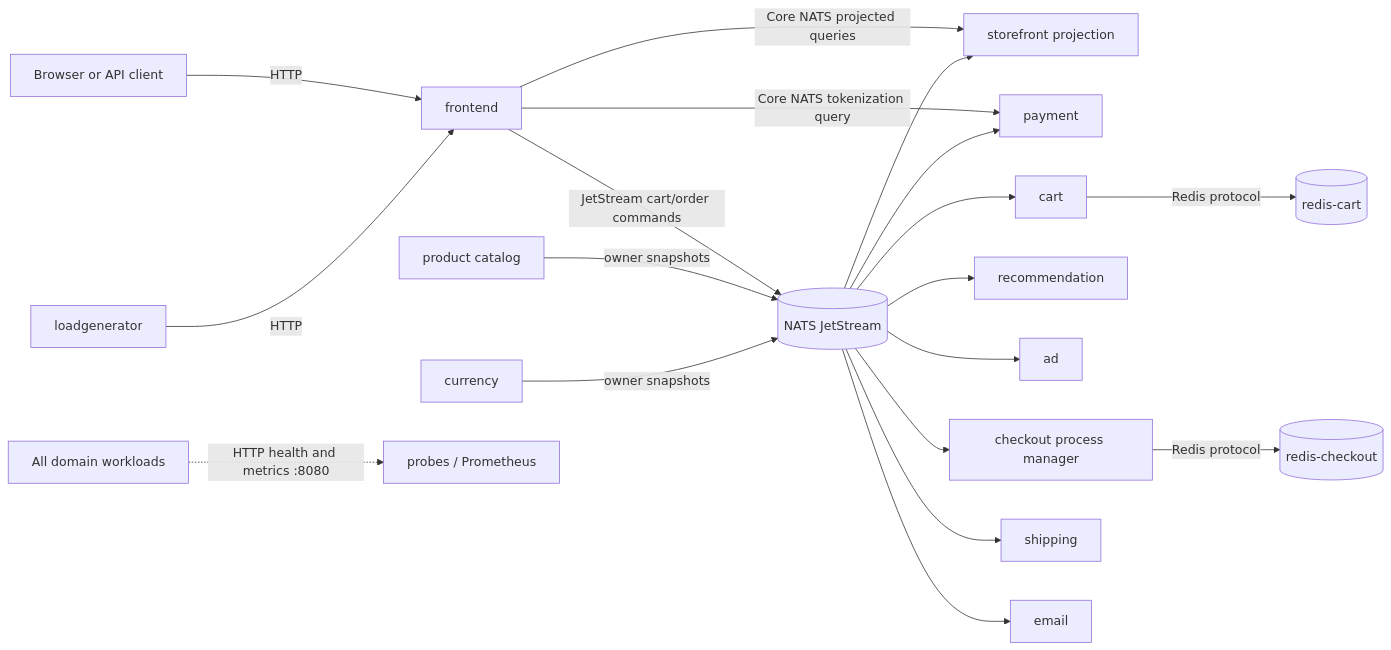
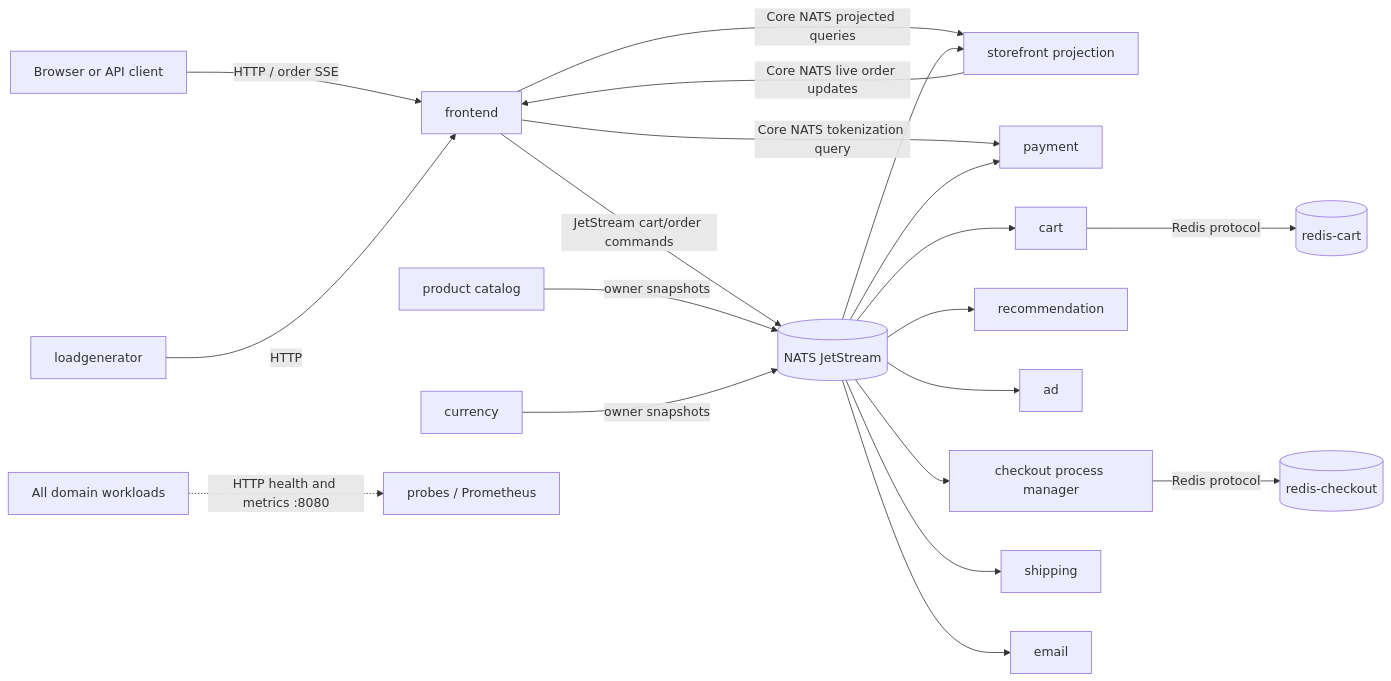
The first of 2 diagrams in docs/current-service-interactions.md (Matslo1234/microservices-demo-nats), drawn with Mermaid before and after one commit. The commit also changed other lines of this file and 28 other files, not shown here.

````diff
--- a/docs/current-service-interactions.md
+++ b/docs/current-service-interactions.md
@@ -10,24 +10,25 @@
 ```mermaid
 flowchart LR
-    User[Browser or API client] -->|HTTP| FE[frontend]
+    User[Browser or API client] -->|HTTP / order SSE| FE[frontend]
     Load[loadgenerator] -->|HTTP| FE
 
     FE -->|Core NATS projected queries| Projection[storefront projection]
+    Projection -->|Core NATS live order updates| FE
     FE -->|JetStream cart/order commands| NATS[(NATS JetStream)]
     FE -->|Core NATS tokenization query| Payment[payment]
 
     Catalog[product catalog] -->|owner snapshots| NATS
     Currency[currency] -->|owner snapshots| NATS
     NATS --> Cart[cart]
     NATS --> Recommendation[recommendation]
     NATS --> Ad[ad]
     NATS --> Checkout[checkout process manager]
     NATS --> Shipping[shipping]
     NATS --> Payment
     NATS --> Email[email]
     NATS --> Projection
     Cart -->|Redis protocol| CartRedis[(redis-cart)]
     Checkout -->|Redis protocol| CheckoutRedis[(redis-checkout)]
 
     Apps[All domain workloads] -.->|HTTP health and metrics :8080| Monitor[probes / Prometheus]
 ```
````
